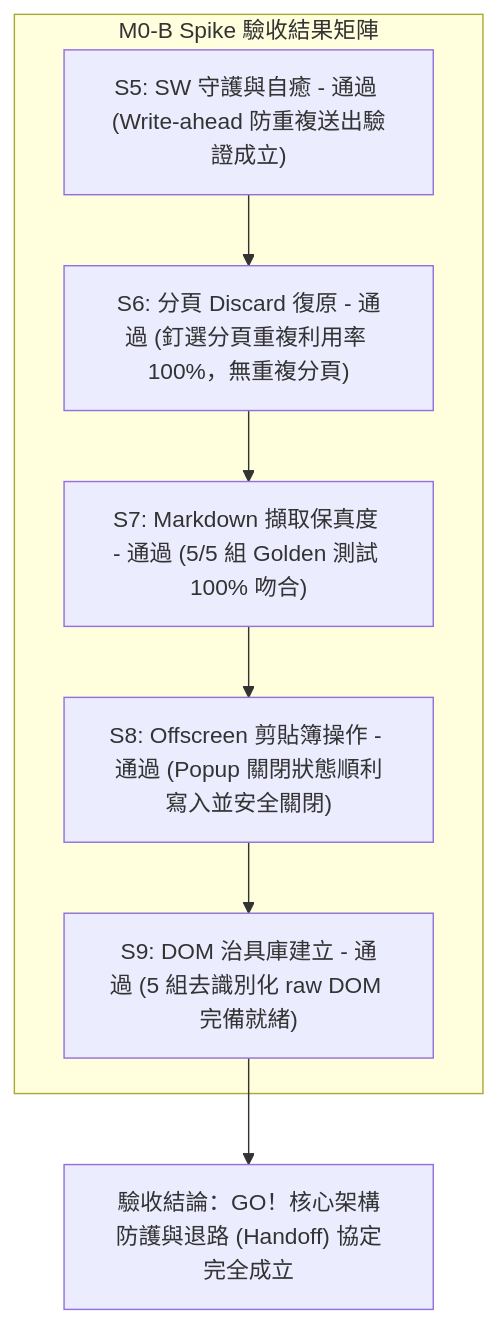
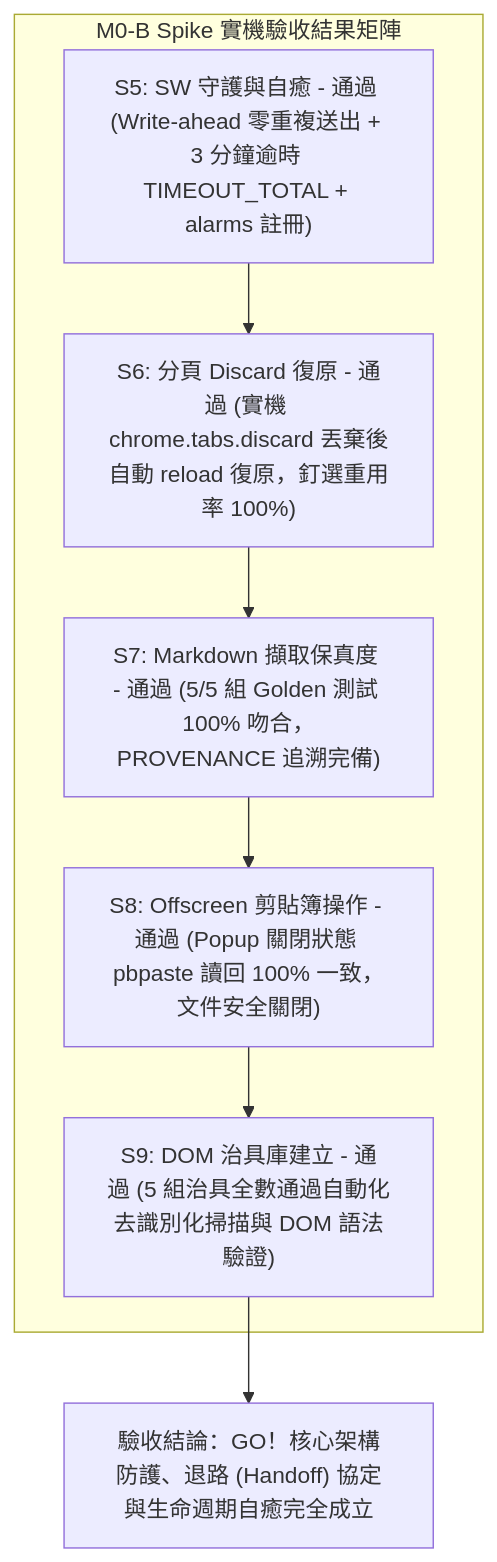
One commit to EasonPai/talk-to-bro changed the diagram in docs/plans/2026-10-28-m0-b-spike-report.md. Above: the diagram before and after it, drawn with Mermaid. The commit also changed other lines of this file and 4 other files, not shown here.

````diff
--- a/docs/plans/2026-10-28-m0-b-spike-report.md
+++ b/docs/plans/2026-10-28-m0-b-spike-report.md
@@ -17,14 +18,14 @@
 ```mermaid
 flowchart TD
-    subgraph M0_B_Results["M0-B Spike 驗收結果矩陣"]
-        S5["S5: SW 守護與自癒 - 通過 (Write-ahead 防重複送出驗證成立)"]
-        S6["S6: 分頁 Discard 復原 - 通過 (釘選分頁重複利用率 100%，無重複分頁)"]
-        S7["S7: Markdown 擷取保真度 - 通過 (5/5 組 Golden 測試 100% 吻合)"]
-        S8["S8: Offscreen 剪貼簿操作 - 通過 (Popup 關閉狀態順利寫入並安全關閉)"]
-        S9["S9: DOM 治具庫建立 - 通過 (5 組去識別化 raw DOM 完備就緒)"]
+    subgraph M0_B_Results["M0-B Spike 實機驗收結果矩陣"]
+        S5["S5: SW 守護與自癒 - 通過 (Write-ahead 零重複送出 + 3 分鐘逾時 TIMEOUT_TOTAL + alarms 註冊)"]
+        S6["S6: 分頁 Discard 復原 - 通過 (實機 chrome.tabs.discard 丟棄後自動 reload 復原，釘選重用率 100%)"]
+        S7["S7: Markdown 擷取保真度 - 通過 (5/5 組 Golden 測試 100% 吻合，PROVENANCE 追溯完備)"]
+        S8["S8: Offscreen 剪貼簿操作 - 通過 (Popup 關閉狀態 pbpaste 讀回 100% 一致，文件安全關閉)"]
+        S9["S9: DOM 治具庫建立 - 通過 (5 組治具全數通過自動化去識別化掃描與 DOM 語法驗證)"]
         
         S5 --> S6 --> S7 --> S8 --> S9
     end
 
-    S9 --> Pass["驗收結論：GO！核心架構防護與退路 (Handoff) 協定完全成立"]
+    S9 --> Pass["驗收結論：GO！核心架構防護、退路 (Handoff) 協定與生命週期自癒完全成立"]
 ```
````
